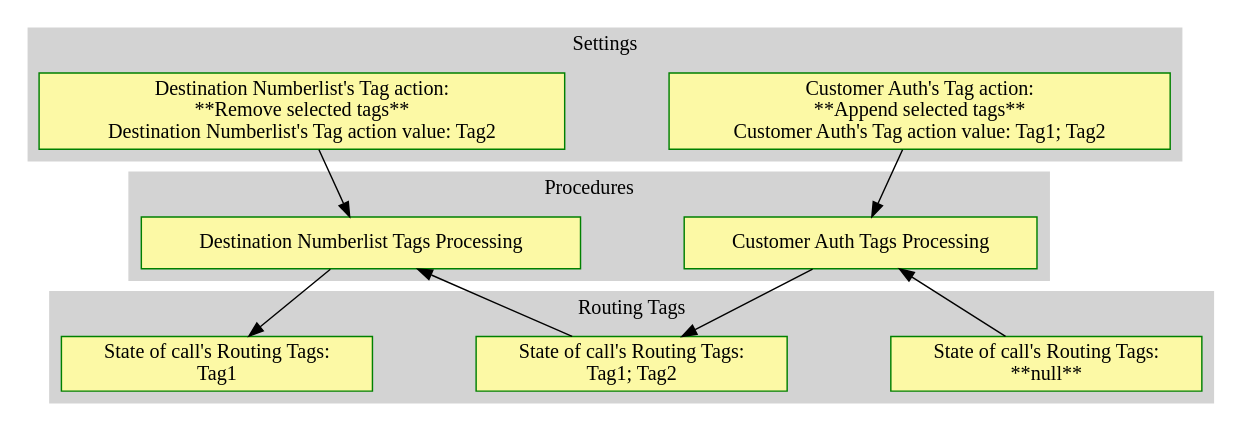
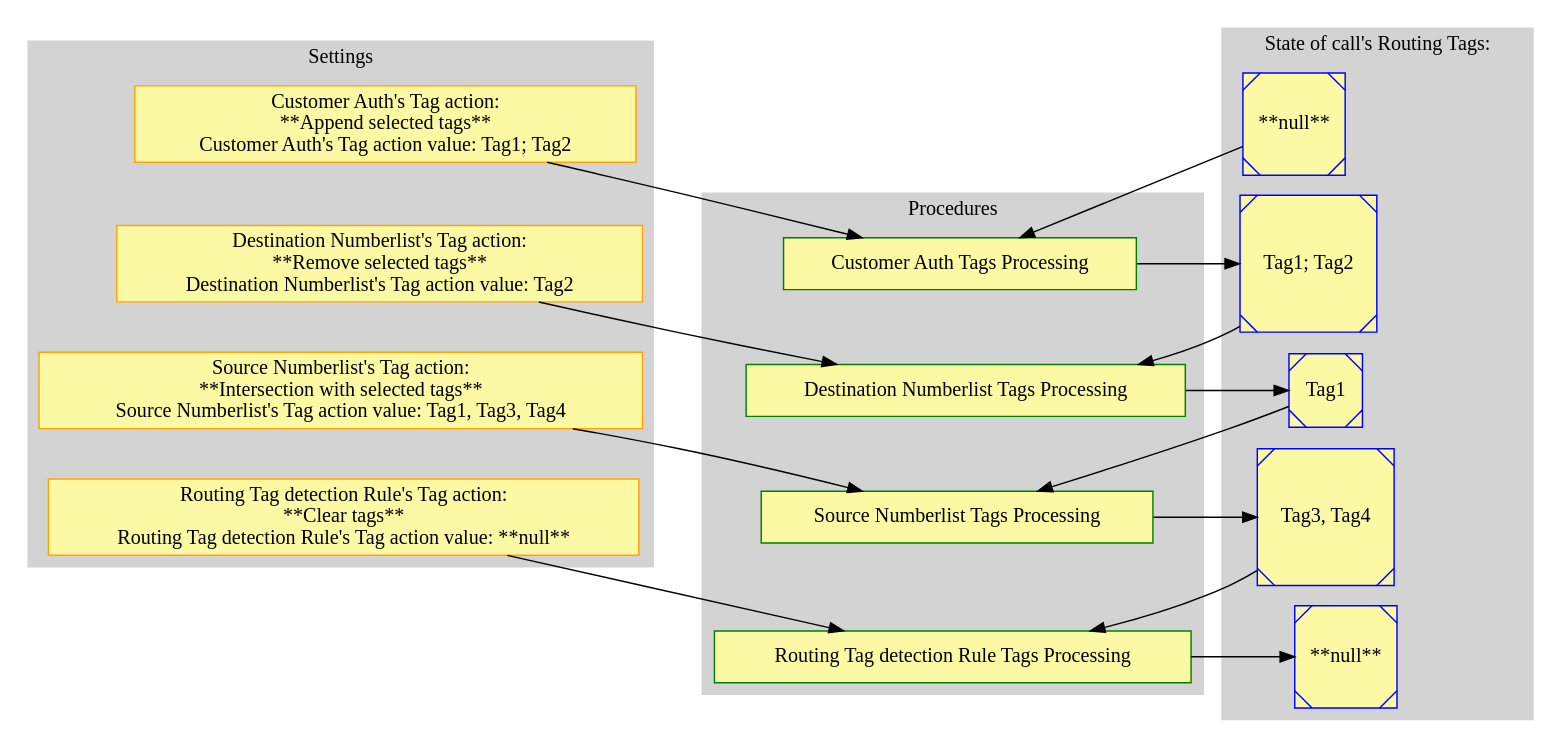
Before and after one commit to yeti-switch/doc: the diagram in docs/en/graphviz/routing_tags.dot, drawn with Graphviz. The commit also changed 4 other files, not shown here.

```diff
--- a/docs/en/graphviz/routing_tags.dot
+++ b/docs/en/graphviz/routing_tags.dot
@@ -1,49 +1,77 @@
 digraph General {
 
     node [style=filled; fillcolor="#FCF9A5"];
     graph [nodesep=1, ranksep=0.2, mindist=0.5];
 
     subgraph cluster_Settings {
         style=filled;
         color=lightgrey;
-        node [style=filled,color=green];
+        node [style=filled,color=orange];
 
         s_1 [label = "Customer Auth's Tag action: \n **Append selected tags** \n Customer Auth's Tag action value: Tag1; Tag2"; shape=box; sides=4];
 
         s_2 [label = "Destination Numberlist's Tag action: \n **Remove selected tags** \n Destination Numberlist's Tag action value: Tag2"; shape=box; sides=4];
+
+        s_3 [label = "Source Numberlist's Tag action: \n **Intersection with selected tags** \n Source Numberlist's Tag action value: Tag1, Tag3, Tag4"; shape=box; sides=4];
+
+        s_4 [label = "Routing Tag detection Rule's Tag action: \n **Clear tags** \n Routing Tag detection Rule's Tag action value: **null**"; shape=box; sides=4];
+
+        s_1 -> s_2 [style=invis];
+        s_2 -> s_3 [style=invis];
+        s_3 -> s_4 [style=invis];
 
         label = "Settings";
     }
 
     subgraph cluster_Procedure {
         style=filled;
         color=lightgrey;
         node [style=filled,color=green];
 
         p_1 [label = "Customer Auth Tags Processing"; shape=box; sides=4];
         p_2 [label = "Destination Numberlist Tags Processing"; shape=box; sides=4];
+        p_3 [label = "Source Numberlist Tags Processing"; shape=box; sides=4];
+        p_4 [label = "Routing Tag detection Rule Tags Processing"; shape=box; sides=4];
 
+        p_1 -> p_2 [style=invis];
+        p_2 -> p_3 [style=invis];
+        p_3 -> p_4 [style=invis];
         label = "Procedures";
     }
 
     subgraph cluster_RT {
         style=filled;
         color=lightgrey;
-        node [style=filled,color=green];
+        node [style=filled,color=blue];
 
-        rt_1 [label = "State of call's Routing Tags:\n **null**"; shape=box; sides=4];
-        rt_2 [label = "State of call's Routing Tags:\n Tag1; Tag2"; shape=box; sides=4];
-        rt_3 [label = "State of call's Routing Tags:\n Tag1"; shape=box; sides=4];
+        rt_1 [label = "**null**"; shape=Msquare; sides=4];
+        rt_2 [label = "Tag1; Tag2"; shape=Msquare; sides=4];
+        rt_3 [label = "Tag1"; shape=Msquare; sides=4];
+        rt_4 [label = "Tag3, Tag4"; shape=Msquare; sides=4];
+        rt_5 [label = "**null**"; shape=Msquare; sides=4];
 
+        rt_1 -> rt_2 [style=invis];
+        rt_2 -> rt_3 [style=invis];
+        rt_3 -> rt_4 [style=invis];
+        rt_4 -> rt_5 [style=invis];
 
-        label = "Routing Tags";
+        label = "State of call's Routing Tags:";
     }
 
     rt_1 -> p_1;
     s_1 -> p_1;
     p_1 -> rt_2;
+
     rt_2 -> p_2;
     s_2 -> p_2;
     p_2 -> rt_3;
 
+    rt_3 -> p_3;
+    s_3 -> p_3;
+    p_3 -> rt_4;
+
+    rt_4 -> p_4;
+    s_4 -> p_4;
+    p_4 -> rt_5;
+
 }
```
